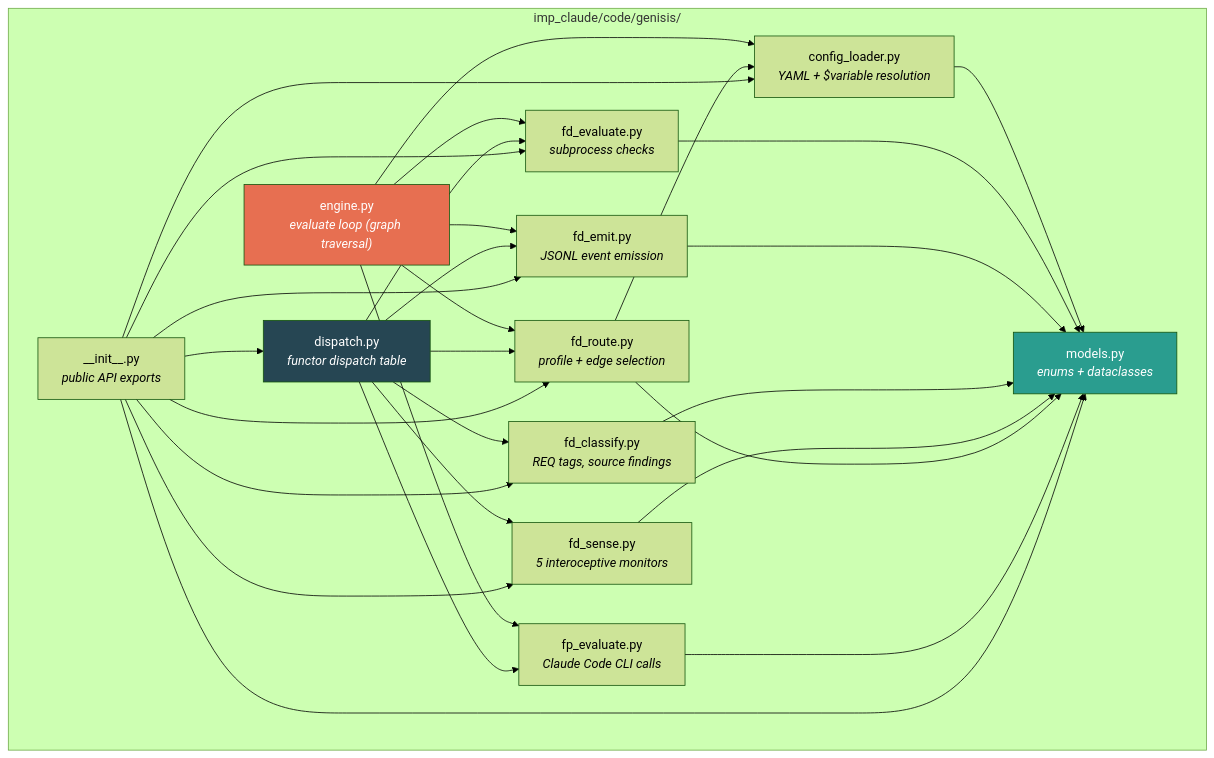
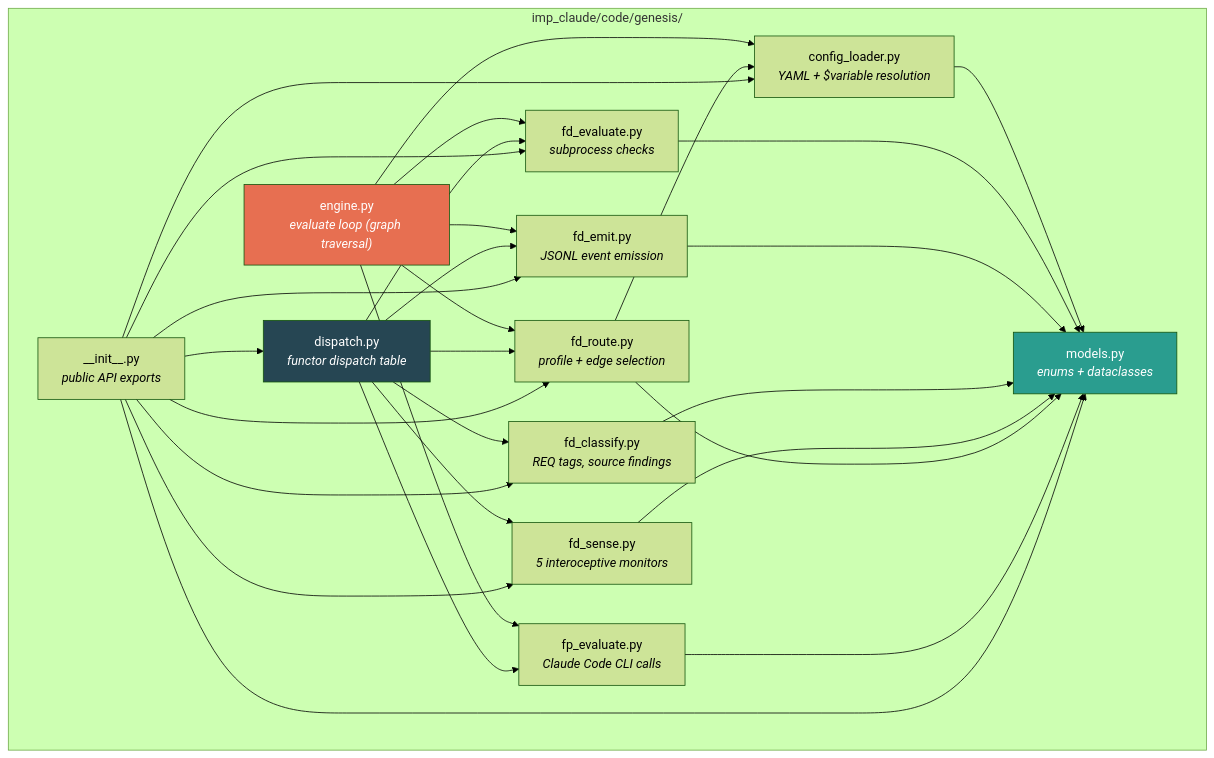
Before and after one commit to foolishimp/ai_sdlc_method: the first of 19 diagrams in imp_claude/design/FUNCTOR_FRAMEWORK_DESIGN.md, drawn with Mermaid (forest theme). The commit also changed other lines of this file and 90 other files, not shown here.

First line of the commit message:
fix: rename genisis → genesis across all implementations

````diff
--- a/imp_claude/design/FUNCTOR_FRAMEWORK_DESIGN.md
+++ b/imp_claude/design/FUNCTOR_FRAMEWORK_DESIGN.md
@@ -131,48 +131,48 @@
 ```mermaid
 graph TD
-    subgraph "imp_claude/code/genisis/"
+    subgraph "imp_claude/code/genesis/"
         INIT["__init__.py<br/><i>public API exports</i>"]
         MOD["models.py<br/><i>enums + dataclasses</i>"]
         CL["config_loader.py<br/><i>YAML + $variable resolution</i>"]
         FDE["fd_evaluate.py<br/><i>subprocess checks</i>"]
         FDM["fd_emit.py<br/><i>JSONL event emission</i>"]
         FDC["fd_classify.py<br/><i>REQ tags, source findings</i>"]
         FDS["fd_sense.py<br/><i>5 interoceptive monitors</i>"]
         FDR["fd_route.py<br/><i>profile + edge selection</i>"]
         FPE["fp_evaluate.py<br/><i>Claude Code CLI calls</i>"]
         DIS["dispatch.py<br/><i>functor dispatch table</i>"]
         ENG["engine.py<br/><i>evaluate loop (graph traversal)</i>"]
     end
 
     ENG --> CL
     ENG --> FDE
     ENG --> FPE
     ENG --> FDM
     ENG --> FDR
     DIS --> FDE
     DIS --> FDC
     DIS --> FDS
     DIS --> FDM
     DIS --> FDR
     DIS --> FPE
     CL --> MOD
     FDE --> MOD
     FDM --> MOD
     FDC --> MOD
     FDS --> MOD
     FDR --> MOD
     FDR --> CL
     FPE --> MOD
     INIT --> MOD
     INIT --> CL
     INIT --> FDE
     INIT --> FDM
     INIT --> FDC
     INIT --> FDS
     INIT --> FDR
     INIT --> DIS
 
     style ENG fill:#e76f51,color:#fff
     style DIS fill:#264653,color:#fff
     style MOD fill:#2a9d8f,color:#fff
 ```
````
